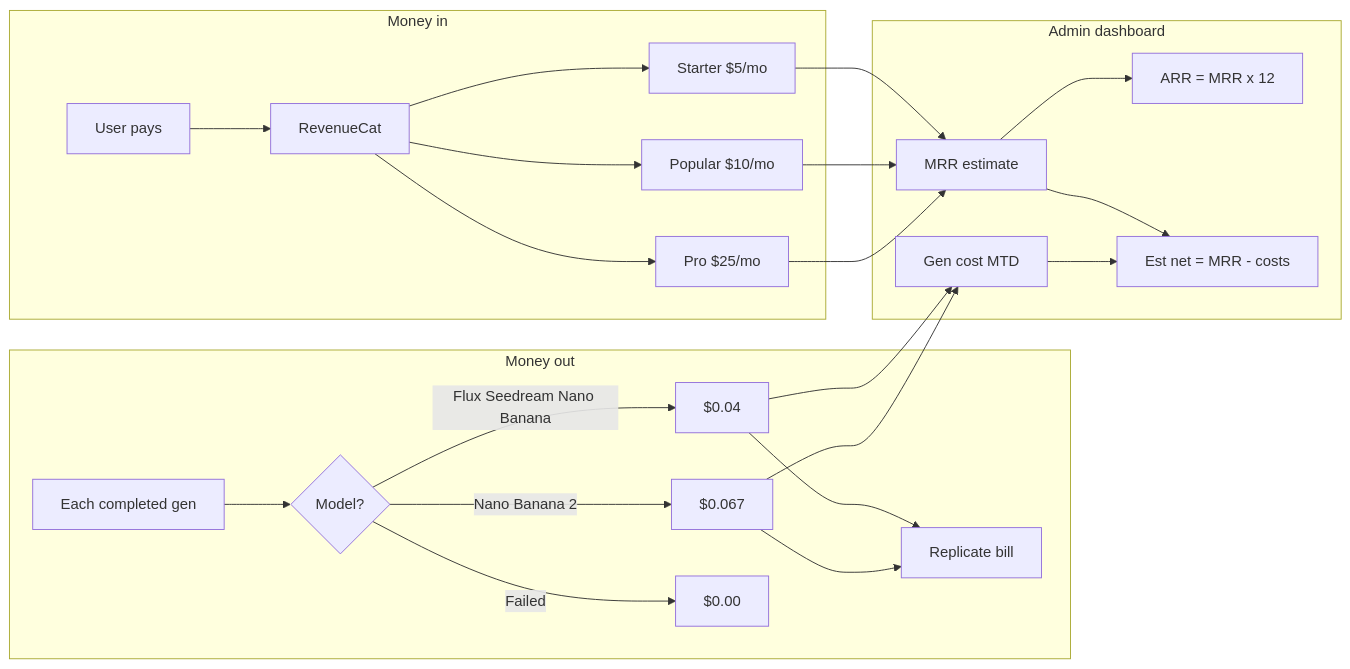
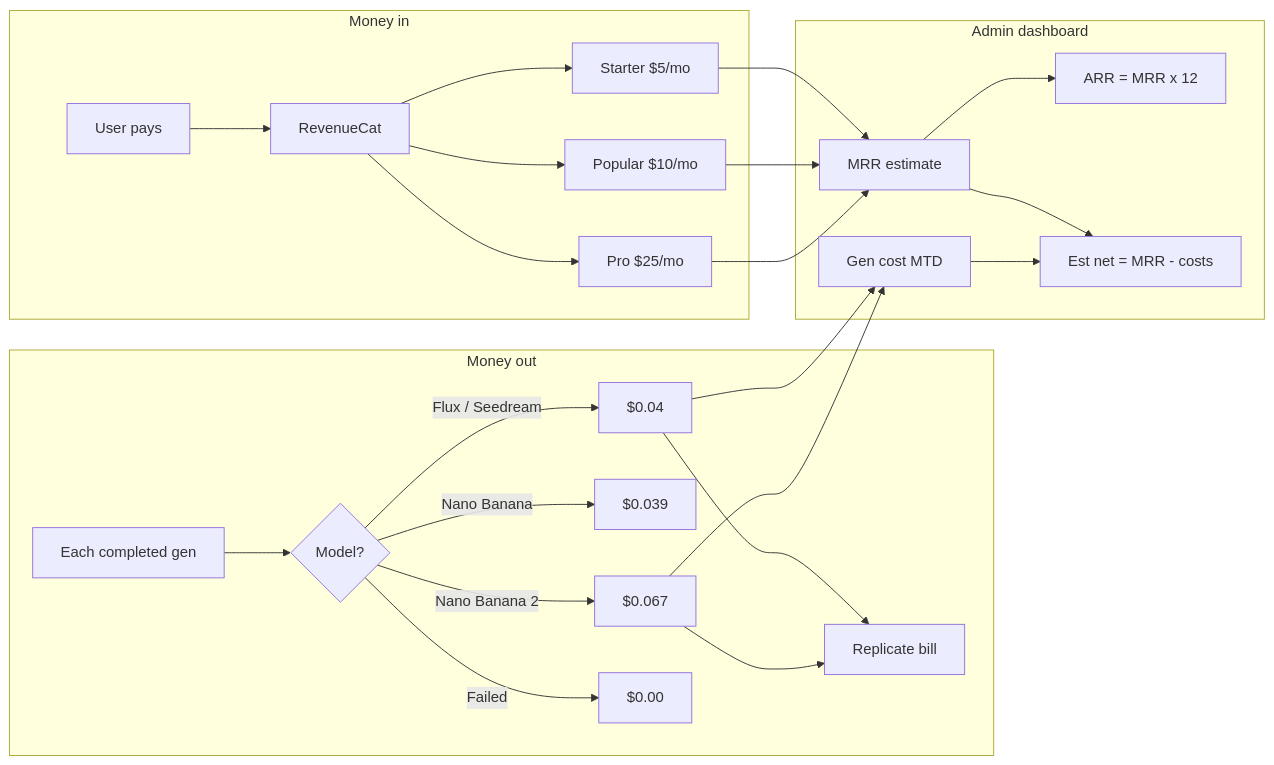
One commit to evansmutinda/funnyfy changed the diagram in MD/diagrams/04-money-flow.mmd. Above: the diagram before and after it, drawn with Mermaid. The commit also changed 29 other files, not shown here.

```diff
--- a/MD/diagrams/04-money-flow.mmd
+++ b/MD/diagrams/04-money-flow.mmd
@@ -1,27 +1,28 @@
 flowchart LR
   subgraph In["Money in"]
     U[User pays] --> RC[RevenueCat]
     RC --> T5[Starter $5/mo]
     RC --> T10[Popular $10/mo]
     RC --> T25[Pro $25/mo]
   end
 
   subgraph Out["Money out"]
     J[Each completed gen] --> M{Model?}
-    M -->|Flux Seedream Nano Banana| C04[$0.04]
+    M -->|Flux / Seedream| C04[$0.04]
+    M -->|Nano Banana| C039[$0.039]
     M -->|Nano Banana 2| C067[$0.067]
     M -->|Failed| C0[$0.00]
     C04 --> REP[Replicate bill]
     C067 --> REP
   end
 
   subgraph AdminMath["Admin dashboard"]
     T5 --> MRR[MRR estimate]
     T10 --> MRR
     T25 --> MRR
     MRR --> ARR[ARR = MRR x 12]
     C04 --> COST[Gen cost MTD]
     C067 --> COST
     MRR --> NET[Est net = MRR - costs]
     COST --> NET
   end
```
